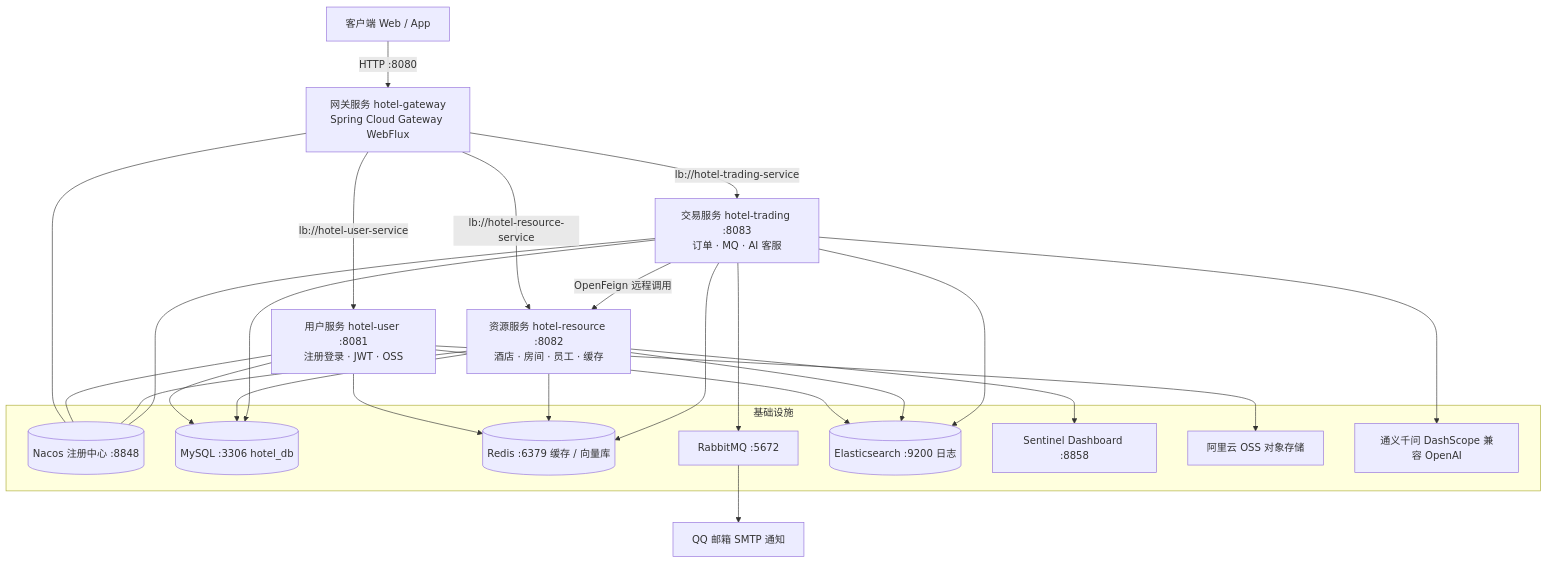
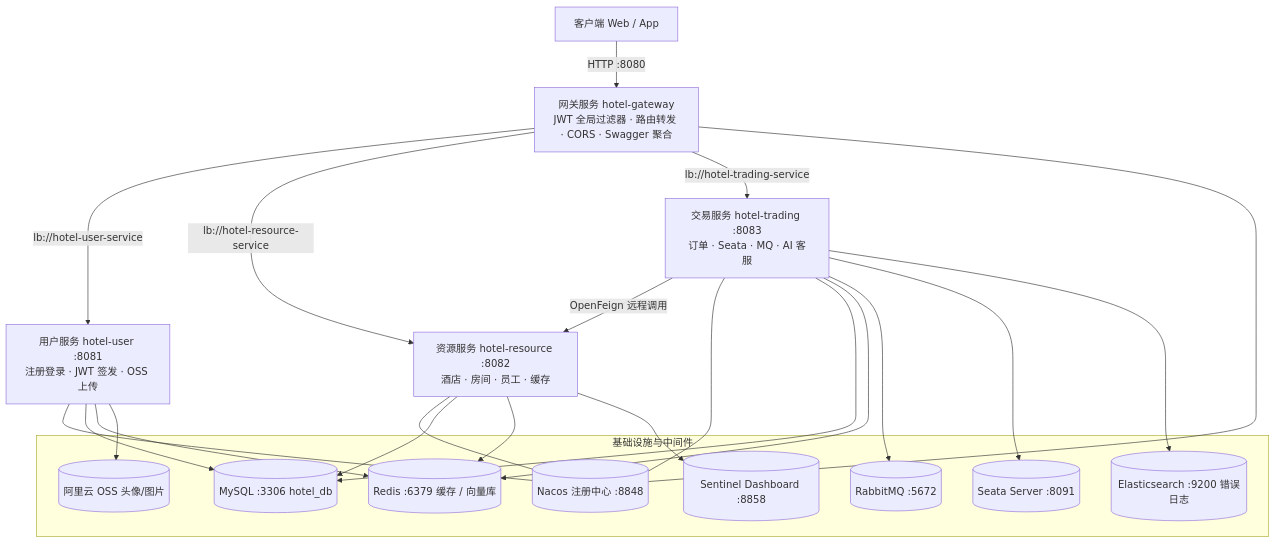
One commit to Chillwinner/CloudHotel changed the first of 3 diagrams in README.md. Above: the diagram before and after it, drawn with Mermaid. The commit also changed other lines of this file, not shown here.

````diff
--- a/README.md
+++ b/README.md
@@ -19,42 +162,40 @@
 ```mermaid
 graph TB
-    Client[客户端 Web / App] -->|HTTP :8080| GW[网关服务 hotel-gateway<br/>Spring Cloud Gateway WebFlux]
-    GW -->|lb://hotel-user-service| US[用户服务 hotel-user :8081<br/>注册登录 · JWT · OSS]
+    Client[客户端 Web / App] -->|HTTP :8080| GW[网关服务 hotel-gateway<br/>JWT 全局过滤器 · 路由转发 · CORS · Swagger 聚合]
+
+    GW -->|lb://hotel-user-service| US[用户服务 hotel-user :8081<br/>注册登录 · JWT 签发 · OSS 上传]
     GW -->|lb://hotel-resource-service| RS[资源服务 hotel-resource :8082<br/>酒店 · 房间 · 员工 · 缓存]
-    GW -->|lb://hotel-trading-service| TS[交易服务 hotel-trading :8083<br/>订单 · MQ · AI 客服]
+    GW -->|lb://hotel-trading-service| TS[交易服务 hotel-trading :8083<br/>订单 · Seata · MQ · AI 客服]
 
     TS -->|OpenFeign 远程调用| RS
 
-    subgraph 基础设施
+    subgraph 基础设施与中间件
         NACOS[(Nacos 注册中心 :8848)]
         MYSQL[(MySQL :3306 hotel_db)]
         REDIS[(Redis :6379 缓存 / 向量库)]
-        MQ[RabbitMQ :5672]
-        ES[(Elasticsearch :9200 日志)]
-        SENTINEL[Sentinel Dashboard :8858]
-        OSS[阿里云 OSS 对象存储]
-        AI[通义千问 DashScope 兼容 OpenAI]
+        MQ[(RabbitMQ :5672)]
+        SEATA[(Seata Server :8091)]
+        ES[(Elasticsearch :9200 错误日志)]
+        OSS[(阿里云 OSS 头像/图片)]
+        SENTINEL[(Sentinel Dashboard :8858)]
     end
 
-    GW --- NACOS
     US --- NACOS
     RS --- NACOS
     TS --- NACOS
+    GW --- NACOS
 
     US --> MYSQL
     US --> REDIS
     US --> OSS
-    US --> ES
 
     RS --> MYSQL
     RS --> REDIS
     RS --> SENTINEL
-    RS --> ES
 
     TS --> MYSQL
     TS --> REDIS
     TS --> MQ
-    TS --> AI
+    TS --> SEATA
     TS --> ES
-    MQ --> MAIL[QQ 邮箱 SMTP 通知]
 ```
````
